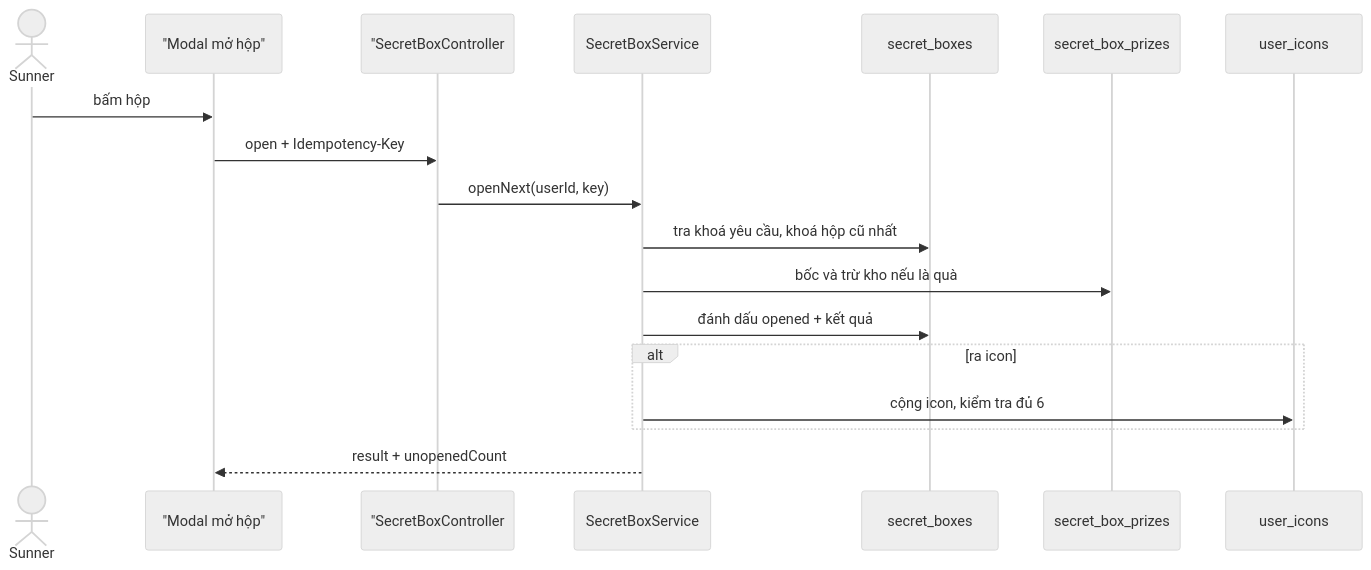
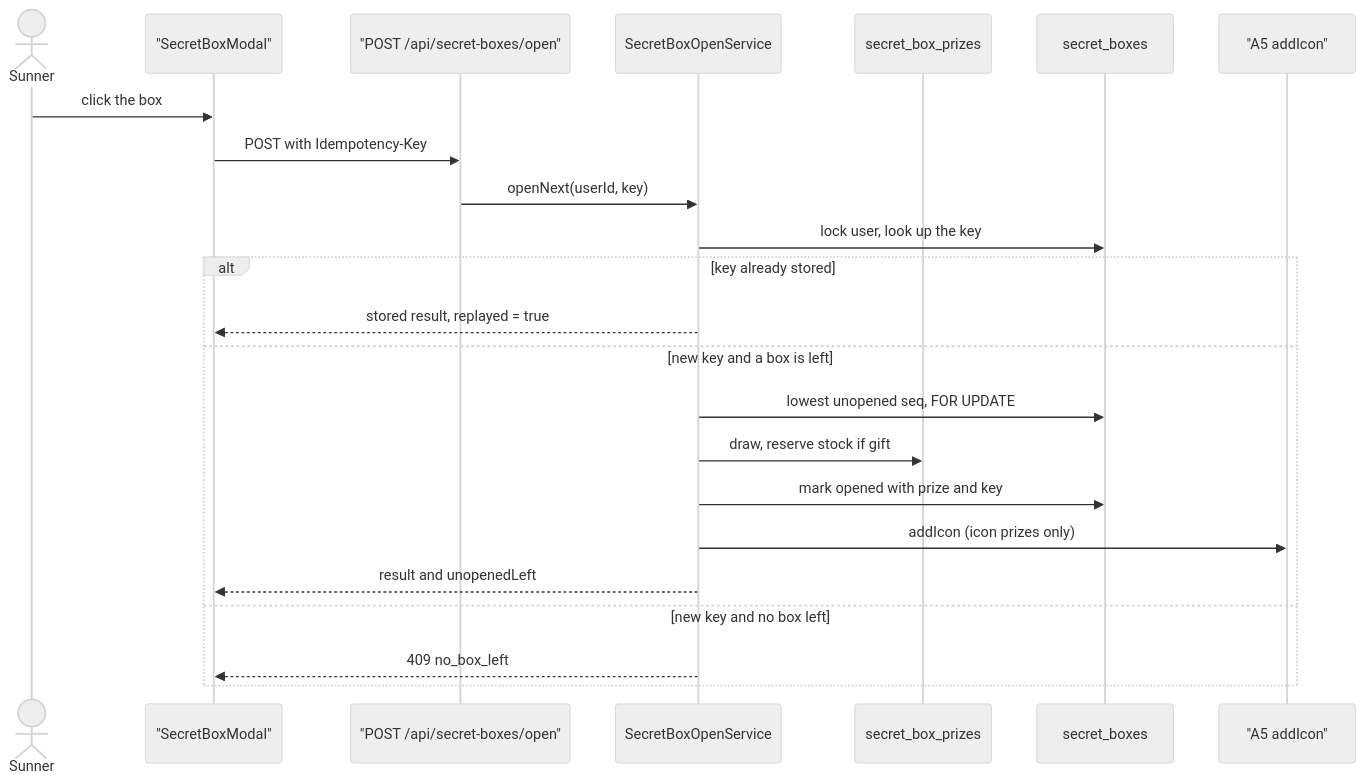
Before and after one commit to hailv-3571/agentic-coding-hands-on: the fifth of 11 diagrams in docs/features/F010_SecretBoxRewards/technical-spec.md, drawn with Mermaid (neutral theme). The commit also changed other lines of this file and 152 other files, not shown here.

````diff
--- a/docs/features/F010_SecretBoxRewards/technical-spec.md
+++ b/docs/features/F010_SecretBoxRewards/technical-spec.md
@@ -141,20 +218,25 @@
 ```mermaid
 sequenceDiagram
     actor U as Sunner
-    participant V as "Modal mở hộp"
-    participant C as "SecretBoxController#open"
-    participant S as SecretBoxService
+    participant V as "SecretBoxModal"
+    participant C as "POST /api/secret-boxes/open"
+    participant S as SecretBoxOpenService
+    participant P as secret_box_prizes
     participant B as secret_boxes
-    participant P as secret_box_prizes
-    participant I as user_icons
-    U->>V: bấm hộp
-    V->>C: open + Idempotency-Key
+    participant I as "A5 addIcon"
+    U->>V: click the box
+    V->>C: POST with Idempotency-Key
     C->>S: openNext(userId, key)
-    S->>B: tra khoá yêu cầu, khoá hộp cũ nhất
-    S->>P: bốc và trừ kho nếu là quà
-    S->>B: đánh dấu opened + kết quả
-    alt ra icon
-        S->>I: cộng icon, kiểm tra đủ 6
+    S->>B: lock user, look up the key
+    alt key already stored
+        S-->>V: stored result, replayed = true
+    else new key and a box is left
+        S->>B: lowest unopened seq, FOR UPDATE
+        S->>P: draw, reserve stock if gift
+        S->>B: mark opened with prize and key
+        S->>I: addIcon (icon prizes only)
+        S-->>V: result and unopenedLeft
+    else new key and no box left
+        S-->>V: 409 no_box_left
     end
-    S-->>V: result + unopenedCount
 ```
````
